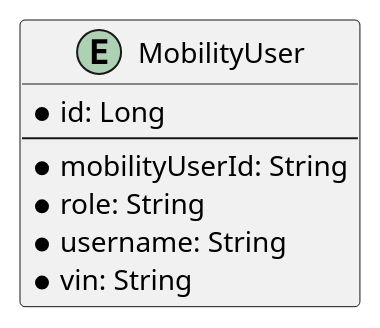
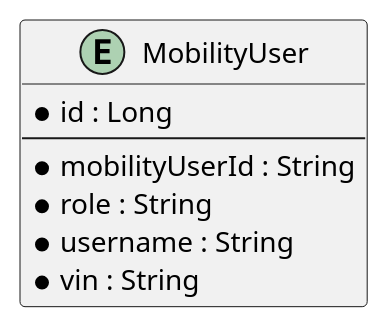
Before and after one commit to shreya-cn/autodev.ai: the fourth of 4 diagrams in usermanagement/documentation/detaileddesign.adoc, drawn with PlantUML. The commit also changed other lines of this file and 7 other files, not shown here.

```diff
--- a/usermanagement/documentation/detaileddesign.adoc
+++ b/usermanagement/documentation/detaileddesign.adoc
@@ -160,11 +161,13 @@
 [plantuml, er-diagram, png]
-....
+----
+@startuml
 entity "MobilityUser" {
-  *id: Long
+  *id : Long
   --
-  *mobilityUserId: String
-  *role: String
-  *username: String
-  *vin: String
+  *mobilityUserId : String
+  *role : String
+  *username : String
+  *vin : String
 }
-....
+@enduml
+----
```
